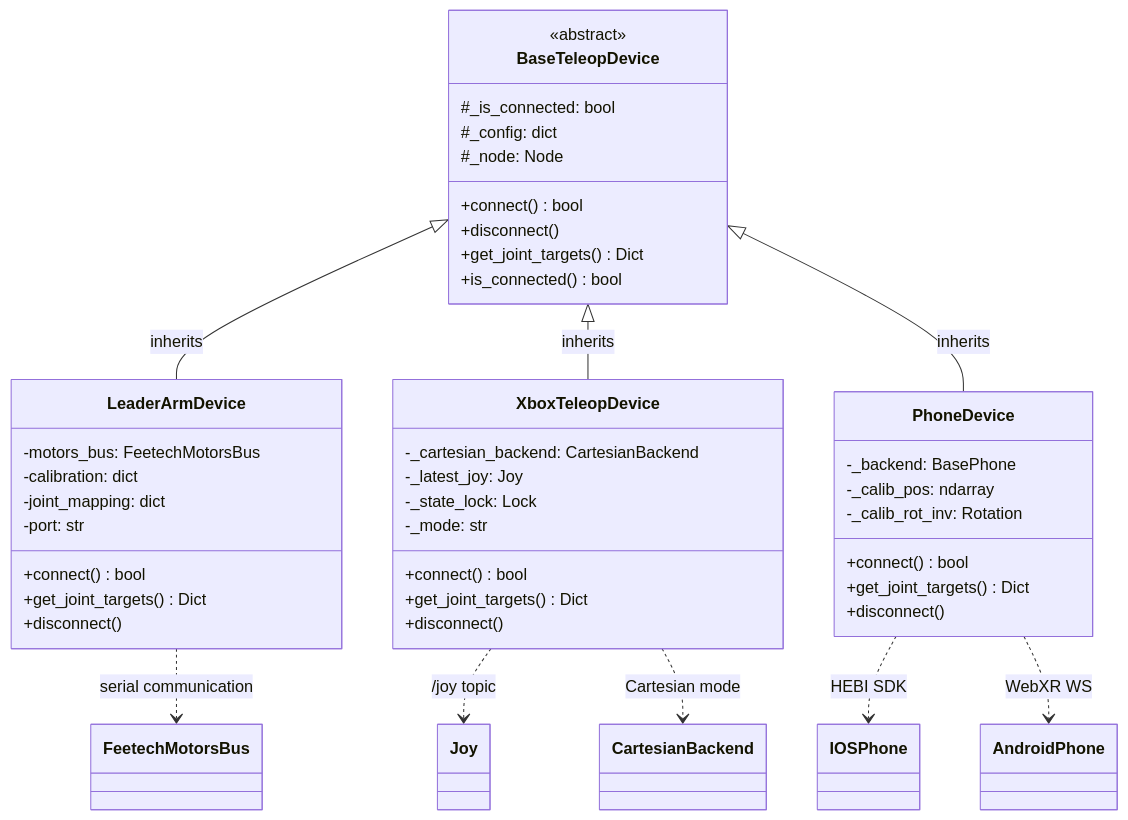
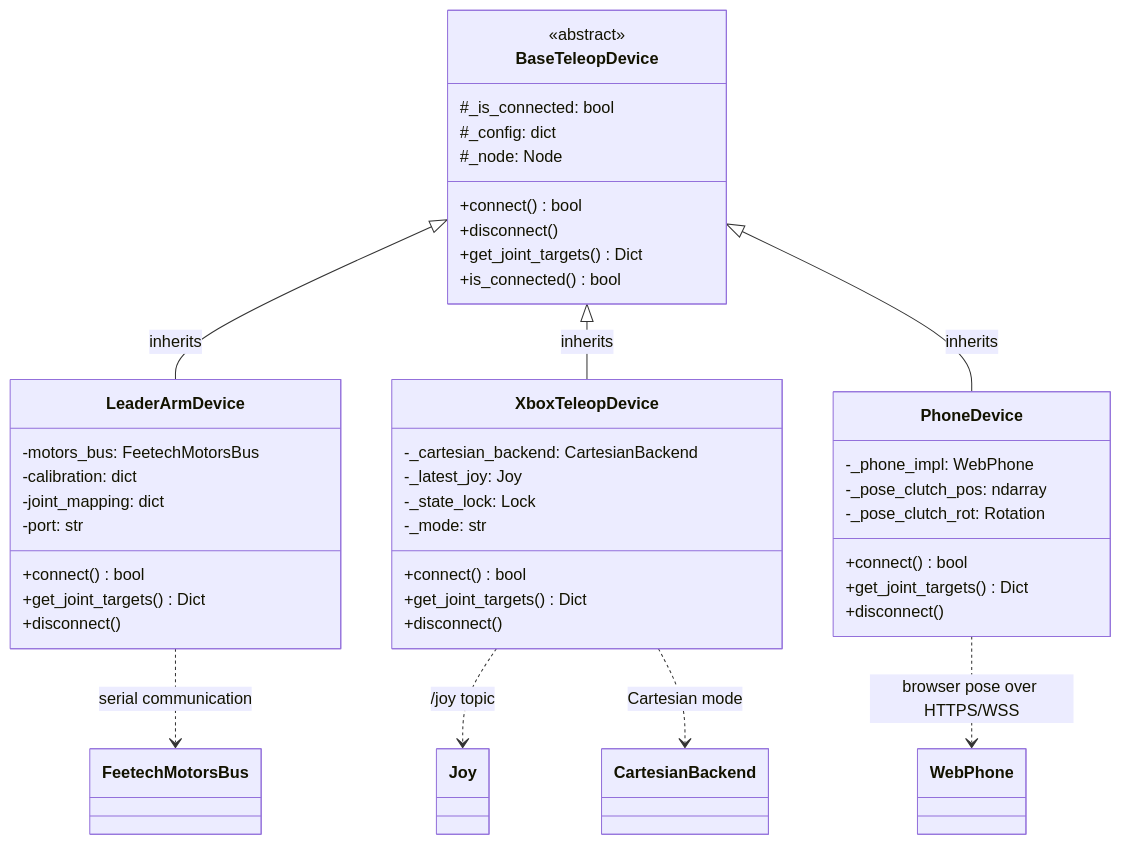
One commit to StoneStar-Aiknow/IB_Robot changed the second of 4 diagrams in src/robot_teleop/README.en.md. Above: the diagram before and after it, drawn with Mermaid. The commit also changed other lines of this file and 41 other files, not shown here.

First line of the commit message:
robot_teleop: add transactional WebPhone pose teleoperation

````diff
--- a/src/robot_teleop/README.en.md
+++ b/src/robot_teleop/README.en.md
@@ -86,52 +86,51 @@
 ```mermaid
 classDiagram
     class BaseTeleopDevice {
         <<abstract>>
         #_is_connected: bool
         #_config: dict
         #_node: Node
         +connect() bool
         +disconnect()
         +get_joint_targets() Dict
         +is_connected() bool
     }
     
     class LeaderArmDevice {
         -motors_bus: FeetechMotorsBus
         -calibration: dict
         -joint_mapping: dict
         -port: str
         +connect() bool
         +get_joint_targets() Dict
         +disconnect()
     }
     
     class XboxTeleopDevice {
         -_cartesian_backend: CartesianBackend
         -_latest_joy: Joy
         -_state_lock: Lock
         -_mode: str
         +connect() bool
         +get_joint_targets() Dict
         +disconnect()
     }
 
     class PhoneDevice {
-        -_backend: BasePhone
-        -_calib_pos: ndarray
-        -_calib_rot_inv: Rotation
+        -_phone_impl: WebPhone
+        -_pose_clutch_pos: ndarray
+        -_pose_clutch_rot: Rotation
         +connect() bool
         +get_joint_targets() Dict
         +disconnect()
     }
 
     BaseTeleopDevice <|-- LeaderArmDevice : inherits
     BaseTeleopDevice <|-- XboxTeleopDevice : inherits
     BaseTeleopDevice <|-- PhoneDevice : inherits
 
     LeaderArmDevice ..> FeetechMotorsBus : serial communication
     XboxTeleopDevice ..> Joy : /joy topic
     XboxTeleopDevice ..> CartesianBackend : Cartesian mode
-    PhoneDevice ..> IOSPhone : HEBI SDK
-    PhoneDevice ..> AndroidPhone : WebXR WS
+    PhoneDevice ..> WebPhone : browser pose over HTTPS/WSS
 ```
````
